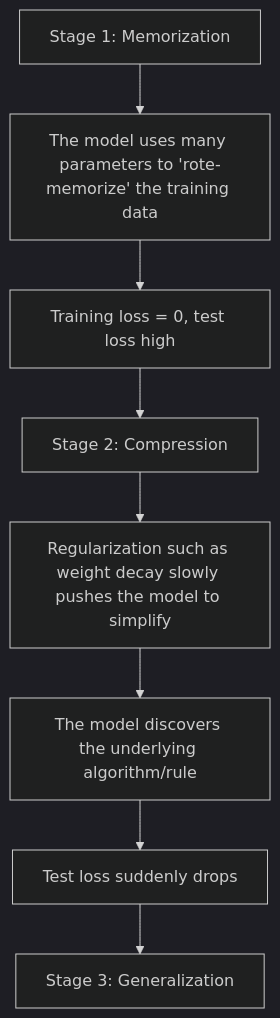
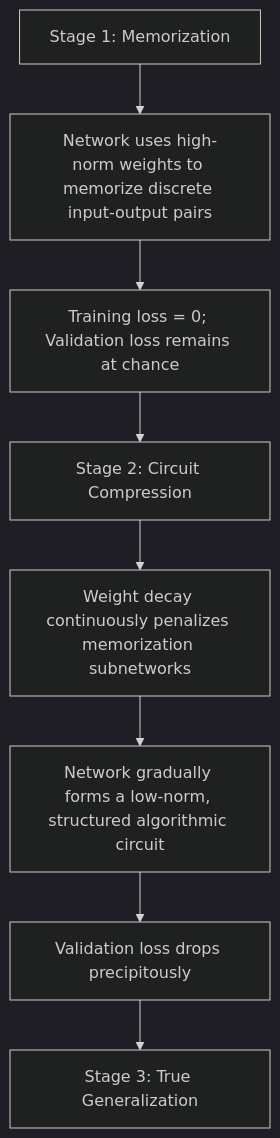
The third of 4 diagrams in en/chapters/03-scaling.md (yingwang/thinking-in-llm), drawn with Mermaid (dark theme) before and after one commit. The commit also changed other lines of this file and 31 other files, not shown here.

````diff
--- a/en/chapters/03-scaling.md
+++ b/en/chapters/03-scaling.md
@@ -291,10 +291,10 @@
 ```mermaid
 graph TD
-    A["Stage 1: Memorization"] --> B["The model uses many parameters to 'rote-memorize' the training data"]
-    B --> C["Training loss = 0, test loss high"]
-    C --> D["Stage 2: Compression"]
-    D --> E["Regularization such as weight decay slowly pushes the model to simplify"]
-    E --> F["The model discovers the underlying algorithm/rule"]
-    F --> G["Test loss suddenly drops"]
-    G --> H["Stage 3: Generalization"]
+    A["Stage 1: Memorization"] --> B["Network uses high-norm weights to memorize discrete input-output pairs"]
+    B --> C["Training loss = 0; Validation loss remains at chance"]
+    C --> D["Stage 2: Circuit Compression"]
+    D --> E["Weight decay continuously penalizes memorization subnetworks"]
+    E --> F["Network gradually forms a low-norm, structured algorithmic circuit"]
+    F --> G["Validation loss drops precipitously"]
+    G --> H["Stage 3: True Generalization"]
 ```
````
